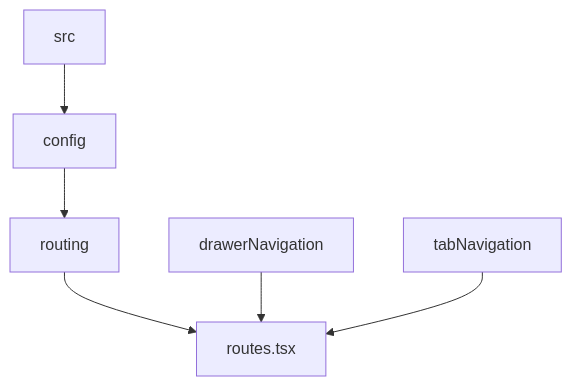
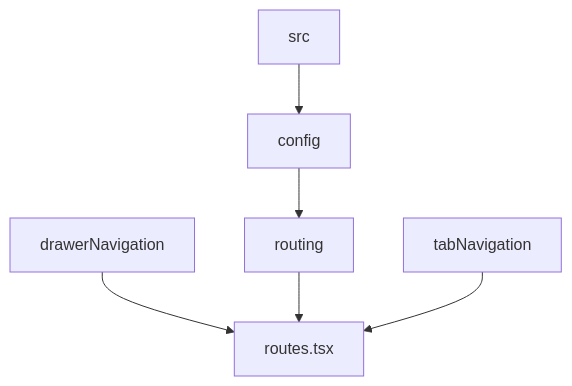
One commit to ABP-Jhoan/Orion_RNCLI-TS changed the diagram in README.md. Above: the diagram before and after it, drawn with Mermaid. The commit also changed other lines of this file, not shown here.

Commit message:
Drawer navigation terminada, arreglando la documentación.

````diff
--- a/README.md
+++ b/README.md
@@ -64,8 +64,8 @@
 ```mermaid
 graph TD;
     src-->config;
     config-->routing;
+    drawerNavigation-->routes.tsx;
     routing-->routes.tsx;
-    drawerNavigation-->routes.tsx;
     tabNavigation-->routes.tsx;
 ```
````
